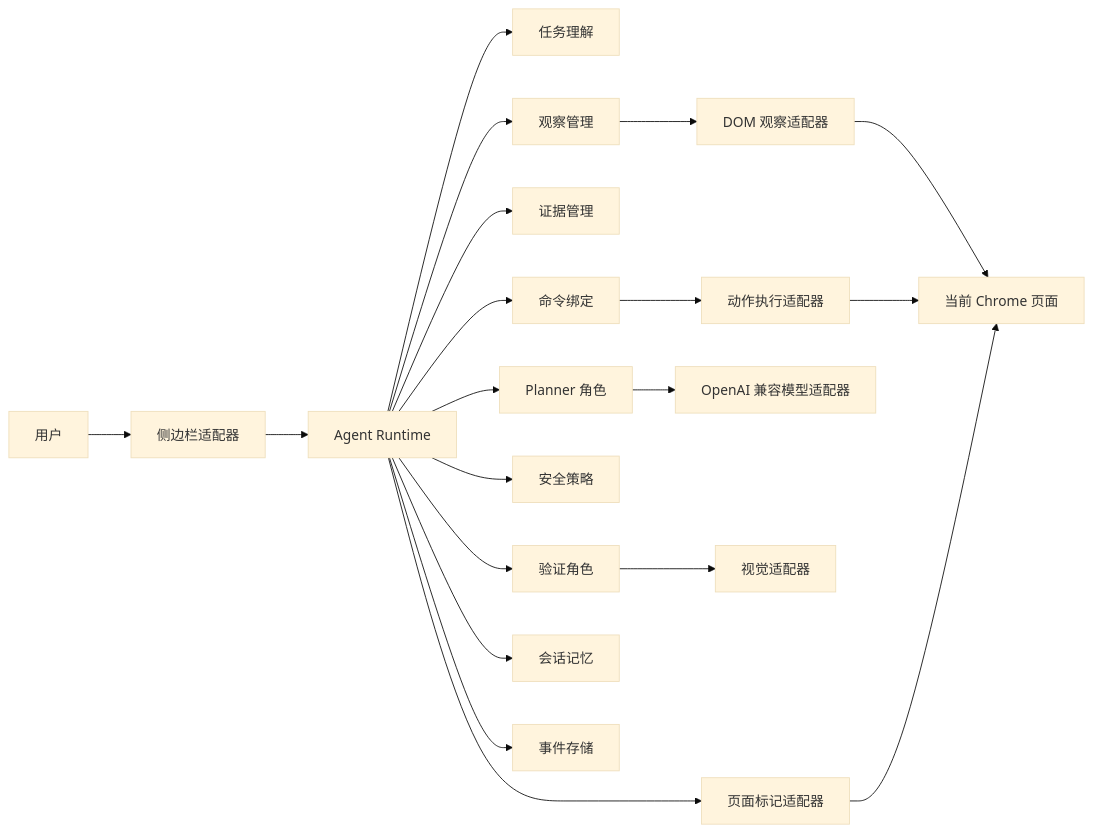
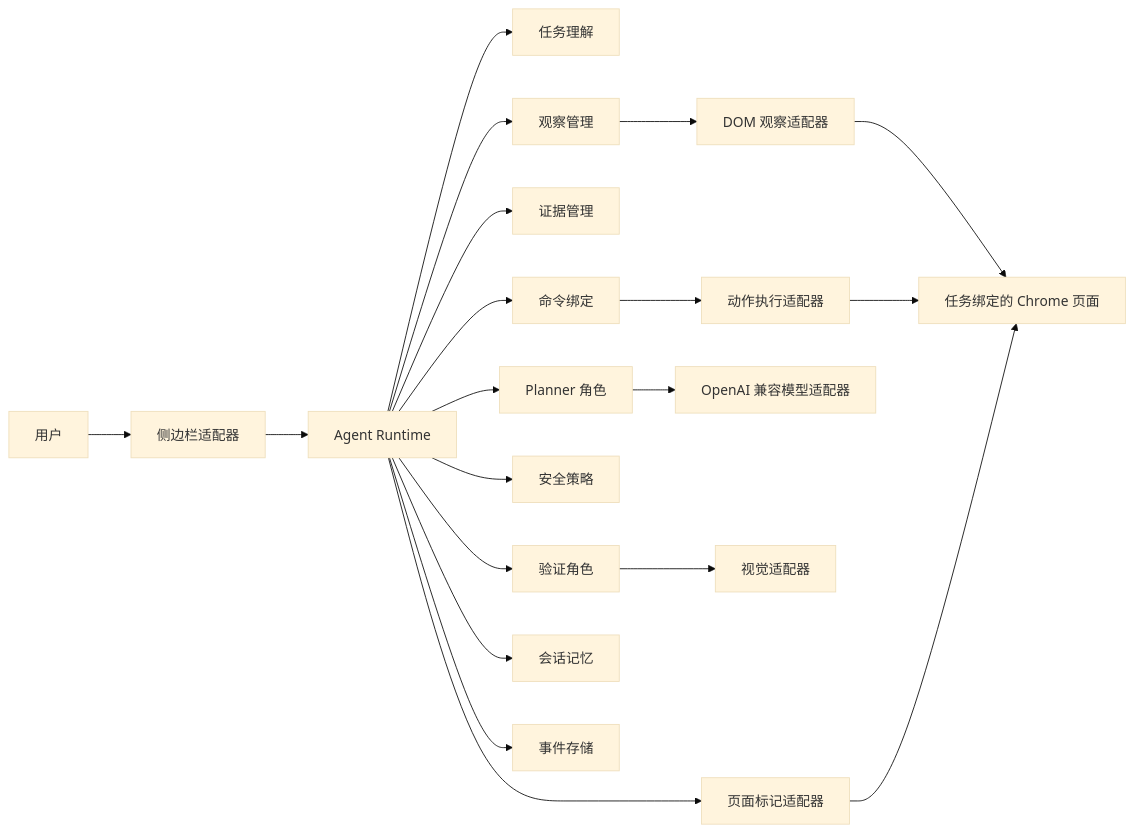
One commit to kuschzzp/NaturalClick changed the diagram in README.zh-CN.md. Above: the diagram before and after it, drawn with Mermaid (base theme). The commit also changed other lines of this file and 5 other files, not shown here.

````diff
--- a/README.zh-CN.md
+++ b/README.zh-CN.md
@@ -43,25 +46,25 @@
 ```mermaid
 flowchart LR
   User[用户] --> Sidepanel[侧边栏适配器]
   Sidepanel --> Runtime[Agent Runtime]
 
   Runtime --> Interpreter[任务理解]
   Runtime --> Observation[观察管理]
   Runtime --> Evidence[证据管理]
   Runtime --> Planner[Planner 角色]
   Runtime --> Binder[命令绑定]
   Runtime --> Policy[安全策略]
   Runtime --> Verifier[验证角色]
   Runtime --> Memory[会话记忆]
 
   Observation --> DOM[DOM 观察适配器]
   Binder --> Executor[动作执行适配器]
   Planner --> Model[OpenAI 兼容模型适配器]
   Verifier --> Vision[视觉适配器]
   Runtime --> Events[事件存储]
   Runtime --> Overlay[页面标记适配器]
 
-  DOM --> Page[当前 Chrome 页面]
+  DOM --> Page[任务绑定的 Chrome 页面]
   Executor --> Page
   Overlay --> Page
 ```
````
